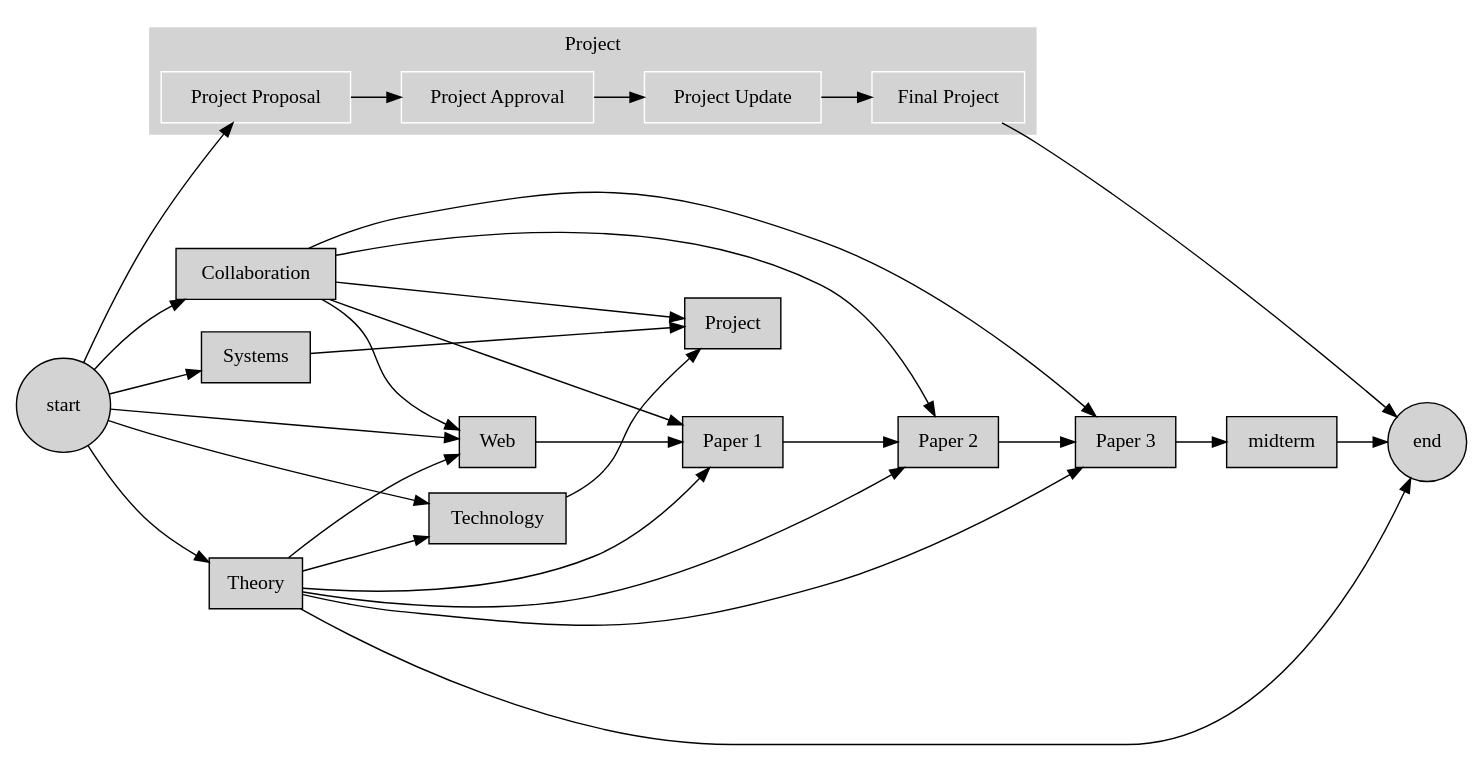
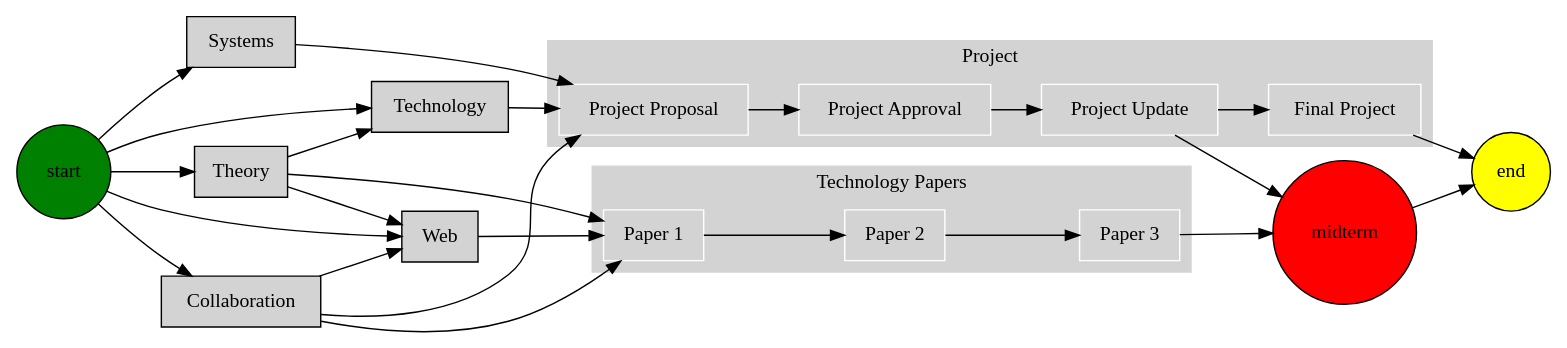
The diagram in docs/source/i524/index.rst (cloudmesh/classes), drawn with Graphviz before and after one commit. The commit also changed other lines of this file, not shown here.

Commit message:
new:dev: course graph structure

```diff
--- a/docs/source/i524/index.rst
+++ b/docs/source/i524/index.rst
@@ -16,37 +16,46 @@
 .. graphviz::
 
    digraph class {
       rankdir="LR";
       node [shape=box,
             style=filled,
             fillcolor=lightgrey];
 
       subgraph cluster_0 {
 		style=filled;
 		color=lightgrey;
 		node [style=filled,color=white];
 		"Project Proposal" -> "Project Approval" -> "Project Update" -> "Final Project";
 		label = "Project";
 	}
-      "start" [shape=circle];
-      "end" [shape=circle];      
+
+      subgraph cluster_1 {
+		style=filled;
+		color=lightgrey;
+		node [style=filled,color=white];
+		"Paper 1" -> "Paper 2" -> "Paper 3";
+		label = "Technology Papers";
+	}
+
+	
+      "start" [shape=circle,fillcolor=green];
+      "end" [shape=circle,fillcolor=yellow];
+      "midterm" [shape=circle,fillcolor=red];      
       
       "start" -> "Technology";
       "start" -> "Collaboration";
       "start" -> "Systems";
-      "start" -> "Theory" -> "end";
-      "start" -> "Web" -> "Paper 1" -> "Paper 2" -> "Paper 3" -> "midterm" -> "end";
-      "Theory" -> "Technology" -> "Project";
-      "Collaboration" -> "Project";
+      "start" -> "Theory";
+      "start" -> "Web" -> "Paper 1"
+      "Paper 3" -> "midterm"
+      "midterm" -> "end";
+      "Theory" -> "Technology" -> "Project Proposal";
+      "Collaboration" -> "Project Proposal";
       "Collaboration" -> "Paper 1";
-      "Collaboration" -> "Paper 2";
-      "Collaboration" -> "Paper 3";
       "Collaboration" -> "Web";
-      "Systems" -> "Project";
+      "Systems" -> "Project Proposal";
       "Theory" -> "Web";
       "Theory" -> "Paper 1";
-      "Theory" -> "Paper 2";
-      "Theory" -> "Paper 3";
-      "start" -> "Project Proposal";
-      "Final Project" -> "end";
+      "Project Update" -> "midterm";
+      "Final Project" -> "end" [ltail=cluster_0];
    }
```
